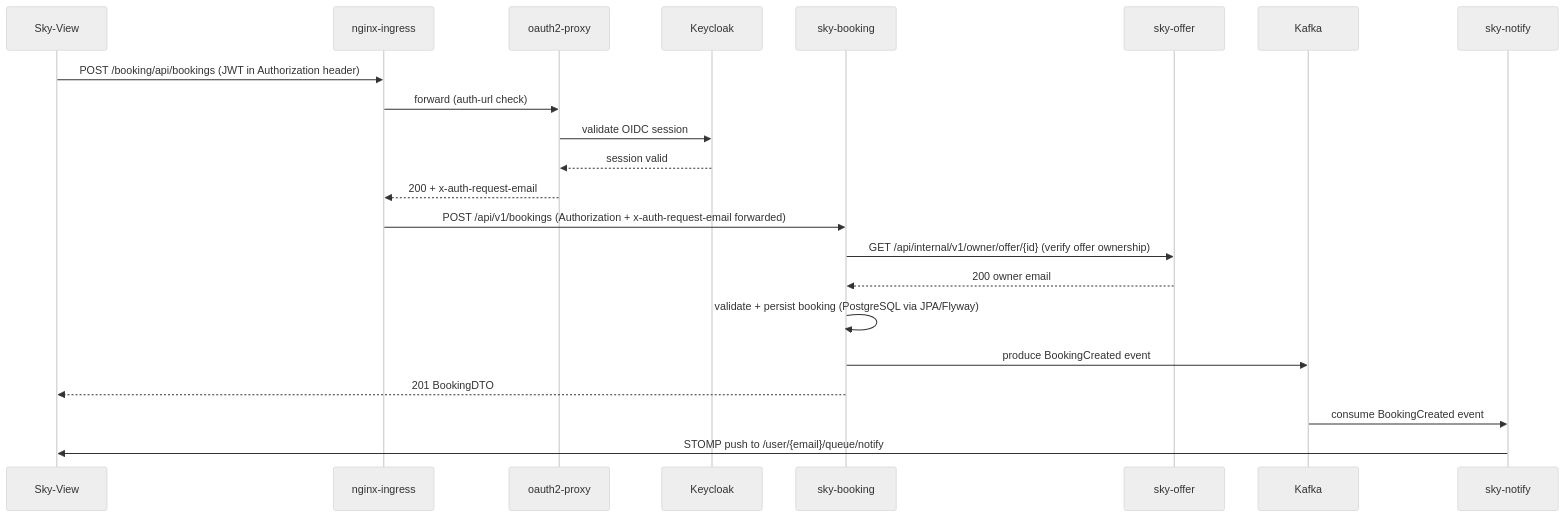
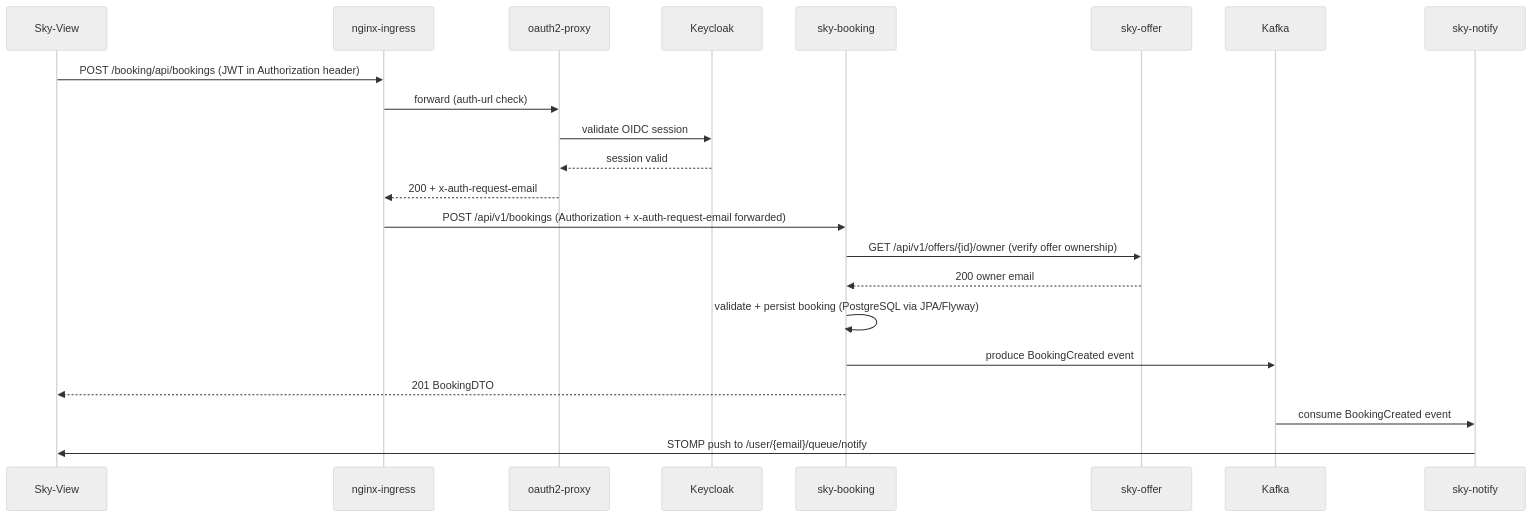
One commit to Lukk17/sky changed the second of 2 diagrams in README.md. Above: the diagram before and after it, drawn with Mermaid (neutral theme). The commit also changed other lines of this file and 8 other files, not shown here.

````diff
--- a/README.md
+++ b/README.md
@@ -153,28 +153,28 @@
 ```mermaid
 sequenceDiagram
     accTitle: Create-booking request flow
     accDescr: Shows the path from the frontend through nginx and oauth2-proxy to sky-booking and sky-offer
 
     participant FE as Sky-View
     participant NG as nginx-ingress
     participant OP as oauth2-proxy
     participant KC as Keycloak
     participant BK as sky-booking
     participant OF as sky-offer
     participant KF as Kafka
     participant NT as sky-notify
 
     FE->>NG: POST /booking/api/bookings (JWT in Authorization header)
     NG->>OP: forward (auth-url check)
     OP->>KC: validate OIDC session
     KC-->>OP: session valid
     OP-->>NG: 200 + x-auth-request-email
     NG->>BK: POST /api/v1/bookings (Authorization + x-auth-request-email forwarded)
-    BK->>OF: GET /api/internal/v1/owner/offer/{id} (verify offer ownership)
+    BK->>OF: GET /api/v1/offers/{id}/owner (verify offer ownership)
     OF-->>BK: 200 owner email
     BK->>BK: validate + persist booking (PostgreSQL via JPA/Flyway)
     BK->>KF: produce BookingCreated event
     BK-->>FE: 201 BookingDTO
     KF->>NT: consume BookingCreated event
     NT->>FE: STOMP push to /user/{email}/queue/notify
 ```
````
